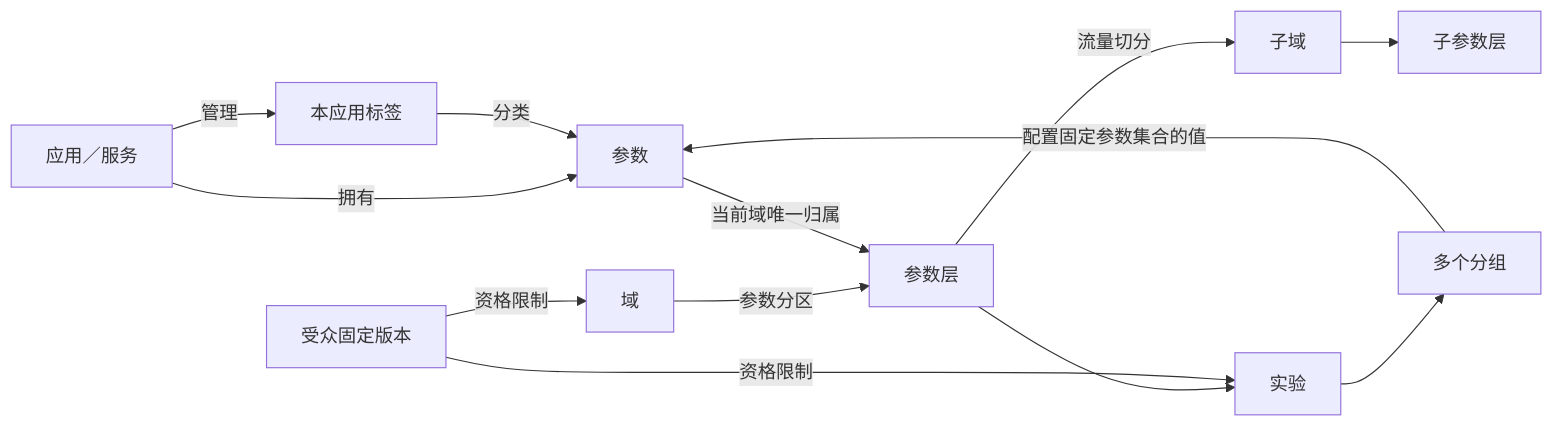
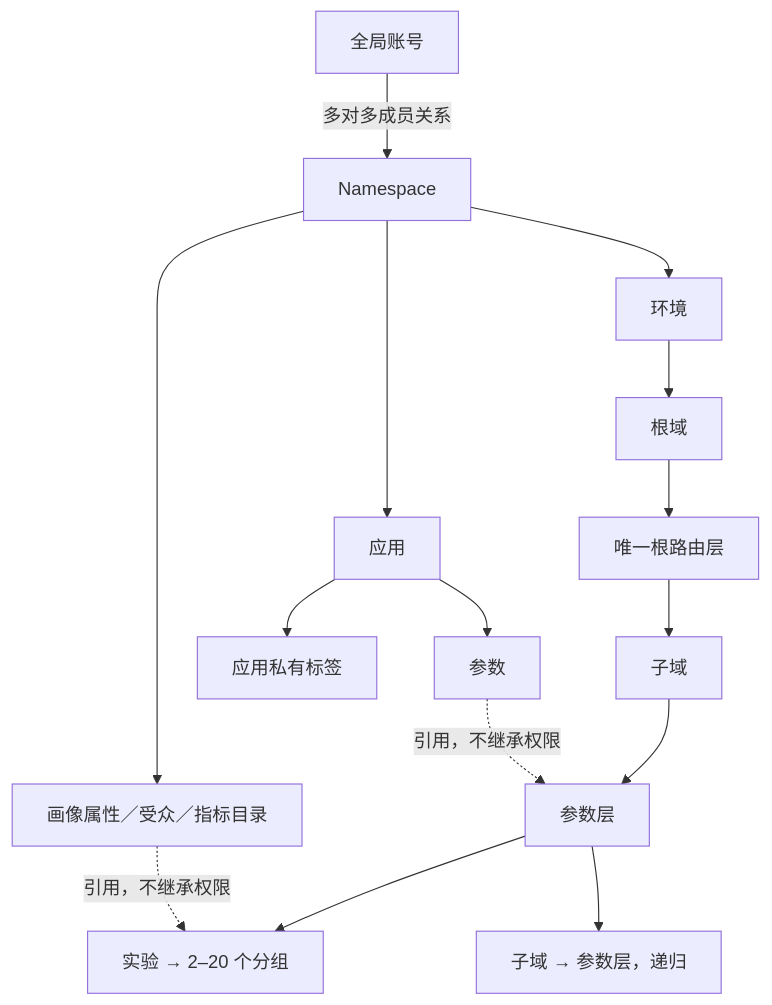
One commit to wangxwit/abtest changed the diagram in docs/平台文档/01-产品设计.md. Above: the diagram before and after it, drawn with Mermaid. The commit also changed other lines of this file and 37 other files, not shown here.

````diff
--- a/docs/平台文档/01-产品设计.md
+++ b/docs/平台文档/01-产品设计.md
@@ -58,15 +22,17 @@
 ```mermaid
-flowchart LR
-  A[应用／服务] -->|拥有| P[参数]
-  A -->|管理| T[本应用标签]
-  T -->|分类| P
-  D[域] -->|参数分区| L[参数层]
-  L -->|流量切分| C[子域]
-  C --> CL[子参数层]
-  L --> E[实验]
-  E --> V[多个分组]
-  P -->|当前域唯一归属| L
-  V -->|配置固定参数集合的值| P
-  U[受众固定版本] -->|资格限制| D
-  U -->|资格限制| E
+flowchart TB
+  Account[全局账号] -->|多对多成员关系| NS[Namespace]
+  NS --> App[应用]
+  App --> Param[参数]
+  App --> Tag[应用私有标签]
+  NS --> Catalog[画像属性／受众／指标目录]
+  NS --> Env[环境]
+  Env --> Root[根域]
+  Root --> Route[唯一根路由层]
+  Route --> Domain[子域]
+  Domain --> Layer[参数层]
+  Layer --> Exp[实验 → 2–20 个分组]
+  Layer --> Child[子域 → 参数层，递归]
+  Param -.->|引用，不继承权限| Layer
+  Catalog -.->|引用，不继承权限| Exp
 ```
````
